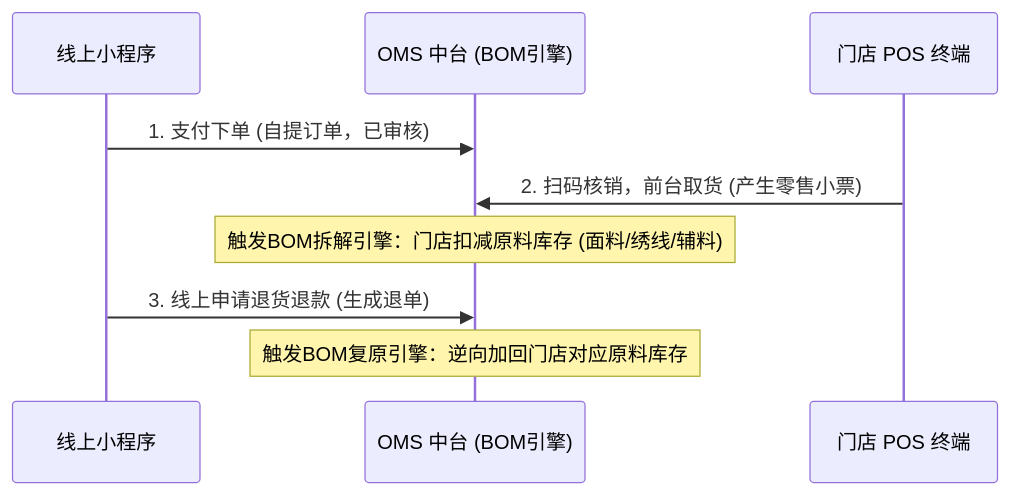
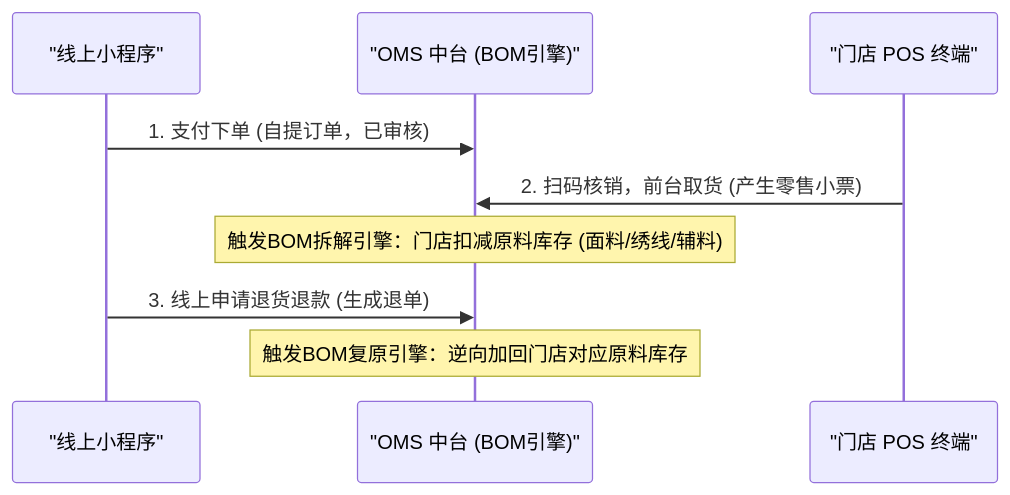
One commit to LOSKING/oms-demo changed the fifth of 5 diagrams in README.md. Above: the diagram before and after it, drawn with Mermaid. The commit also changed other lines of this file, not shown here.

Commit message:
docs: fix Mermaid diagram syntax errors for GitHub rendering

````diff
--- a/README.md
+++ b/README.md
@@ -121,11 +121,11 @@
 ```mermaid
 sequenceDiagram
-    participant Client as 线上小程序
-    participant OMS as OMS 中台 (BOM引擎)
-    participant POS as 门店 POS 终端
+    participant Client as "线上小程序"
+    participant OMS as "OMS 中台 (BOM引擎)"
+    participant POS as "门店 POS 终端"
     Client->>OMS: 1. 支付下单 (自提订单，已审核)
     POS->>OMS: 2. 扫码核销，前台取货 (产生零售小票)
     Note over OMS: 触发BOM拆解引擎：门店扣减原料库存 (面料/绣线/辅料)
     Client->>OMS: 3. 线上申请退货退款 (生成退单)
     Note over OMS: 触发BOM复原引擎：逆向加回门店对应原料库存
 ```
````
